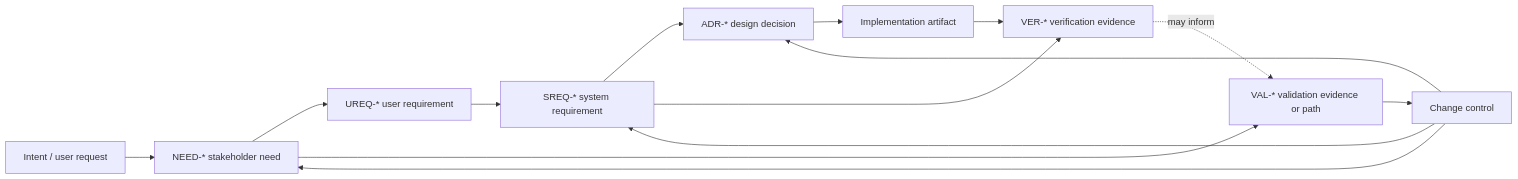
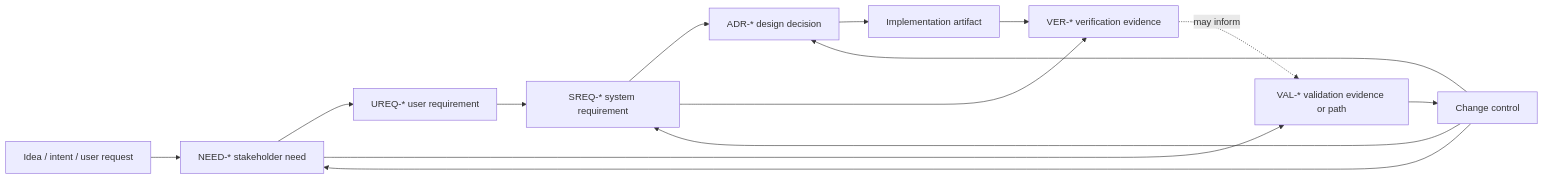
One commit to Oxiom-Systems/traceweaver changed the first of 2 diagrams in docs/distilled/systems-engineering-traceability-operating-model.md. Above: the diagram before and after it, drawn with Mermaid. The commit also changed 7 other files, not shown here.

````diff
--- a/docs/distilled/systems-engineering-traceability-operating-model.md
+++ b/docs/distilled/systems-engineering-traceability-operating-model.md
@@ -198,26 +198,26 @@
 ```mermaid
 flowchart LR
-  intent["Intent / user request"]
+  intent["Idea / intent / user request"]
   need["NEED-* stakeholder need"]
   ureq["UREQ-* user requirement"]
   sreq["SREQ-* system requirement"]
   adr["ADR-* design decision"]
   impl["Implementation artifact"]
   ver["VER-* verification evidence"]
   val["VAL-* validation evidence or path"]
   change["Change control"]
 
   intent --> need
   need --> ureq
   ureq --> sreq
   sreq --> adr
   adr --> impl
   impl --> ver
   sreq --> ver
   need --> val
   ver -. "may inform" .-> val
   val --> change
   change --> need
   change --> sreq
   change --> adr
 ```
````
